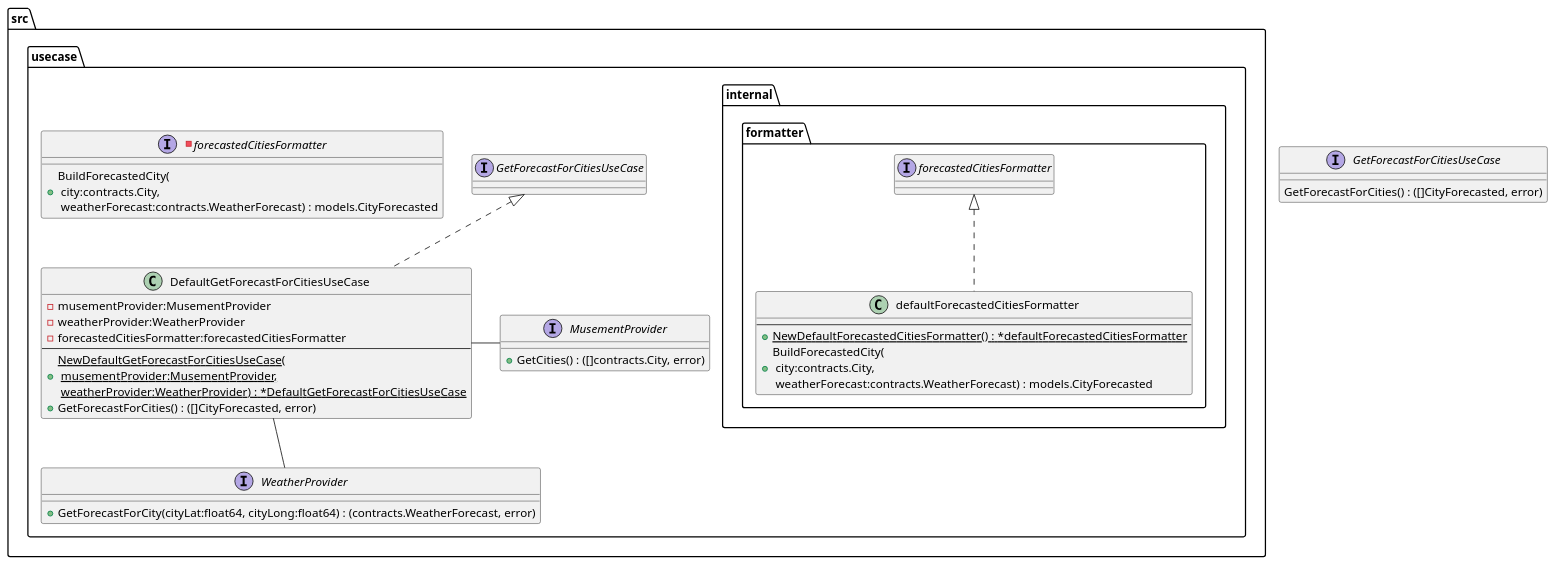
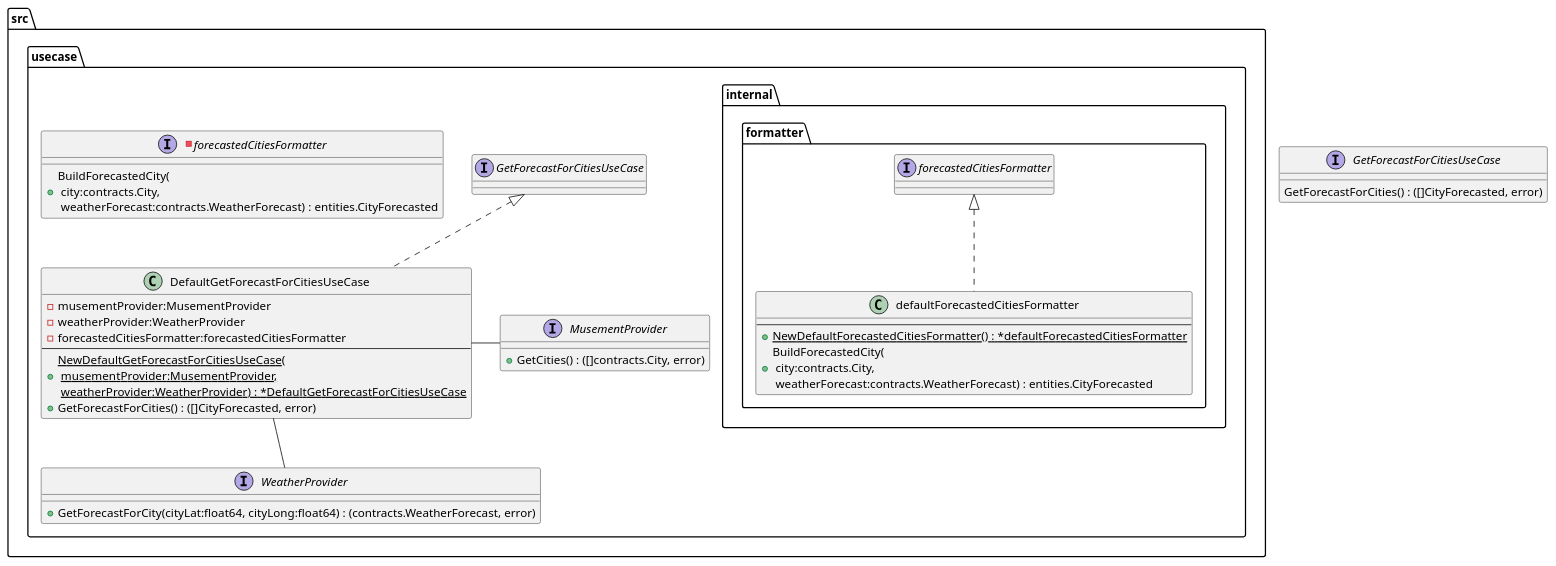
Before and after one commit to micoyeye22/TUITechHomework: the diagram in docs/usecases/getforecastforcities/usecase/default_get_forecast_for_cities_usecase_class.puml, drawn with PlantUML. The commit also changed 15 other files, not shown here.

Commit message:
Added API design for setting and getting forecast for city

```diff
--- a/docs/usecases/getforecastforcities/usecase/default_get_forecast_for_cities_usecase_class.puml
+++ b/docs/usecases/getforecastforcities/usecase/default_get_forecast_for_cities_usecase_class.puml
@@ -1,41 +1,41 @@
 @startuml
 
 interface GetForecastForCitiesUseCase {
     GetForecastForCities() : ([]CityForecasted, error)
 }
 
 package "src.usecase" {
     class DefaultGetForecastForCitiesUseCase implements GetForecastForCitiesUseCase {
         - musementProvider:MusementProvider
         - weatherProvider:WeatherProvider
         - forecastedCitiesFormatter:forecastedCitiesFormatter
         ---
         + {static} NewDefaultGetForecastForCitiesUseCase(\n musementProvider:MusementProvider,\n weatherProvider:WeatherProvider) : *DefaultGetForecastForCitiesUseCase
         + GetForecastForCities() : ([]CityForecasted, error)
     }
 
     interface MusementProvider {
         + GetCities() : ([]contracts.City, error)
     }
 
     interface WeatherProvider {
         + GetForecastForCity(cityLat:float64, cityLong:float64) : (contracts.WeatherForecast, error)
     }
 
     -interface forecastedCitiesFormatter {
-        + BuildForecastedCity(\n city:contracts.City,\n weatherForecast:contracts.WeatherForecast) : models.CityForecasted
+        + BuildForecastedCity(\n city:contracts.City,\n weatherForecast:contracts.WeatherForecast) : entities.CityForecasted
     }
 
     package "internal.formatter" {
         class defaultForecastedCitiesFormatter implements forecastedCitiesFormatter {
             ---
             + {static} NewDefaultForecastedCitiesFormatter() : *defaultForecastedCitiesFormatter
-            + BuildForecastedCity(\n city:contracts.City,\n weatherForecast:contracts.WeatherForecast) : models.CityForecasted
+            + BuildForecastedCity(\n city:contracts.City,\n weatherForecast:contracts.WeatherForecast) : entities.CityForecasted
         }
     }
 }
 
 DefaultGetForecastForCitiesUseCase - MusementProvider
 DefaultGetForecastForCitiesUseCase -- WeatherProvider
 
 @enduml
```
